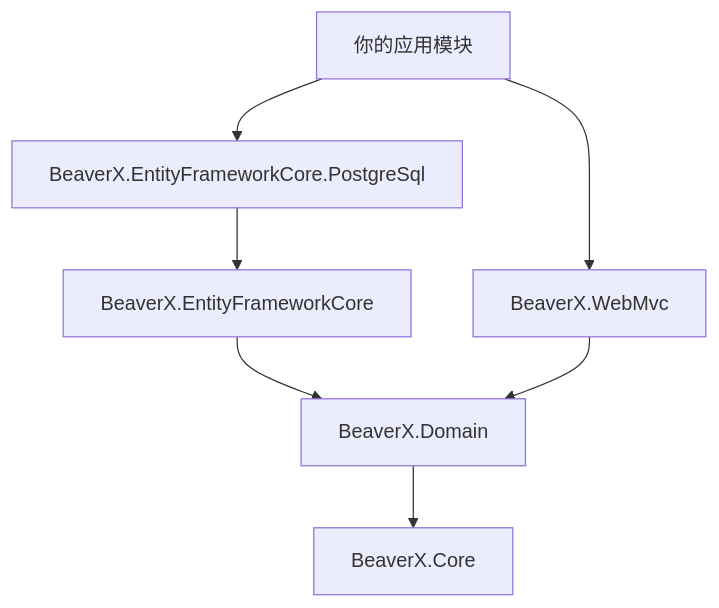
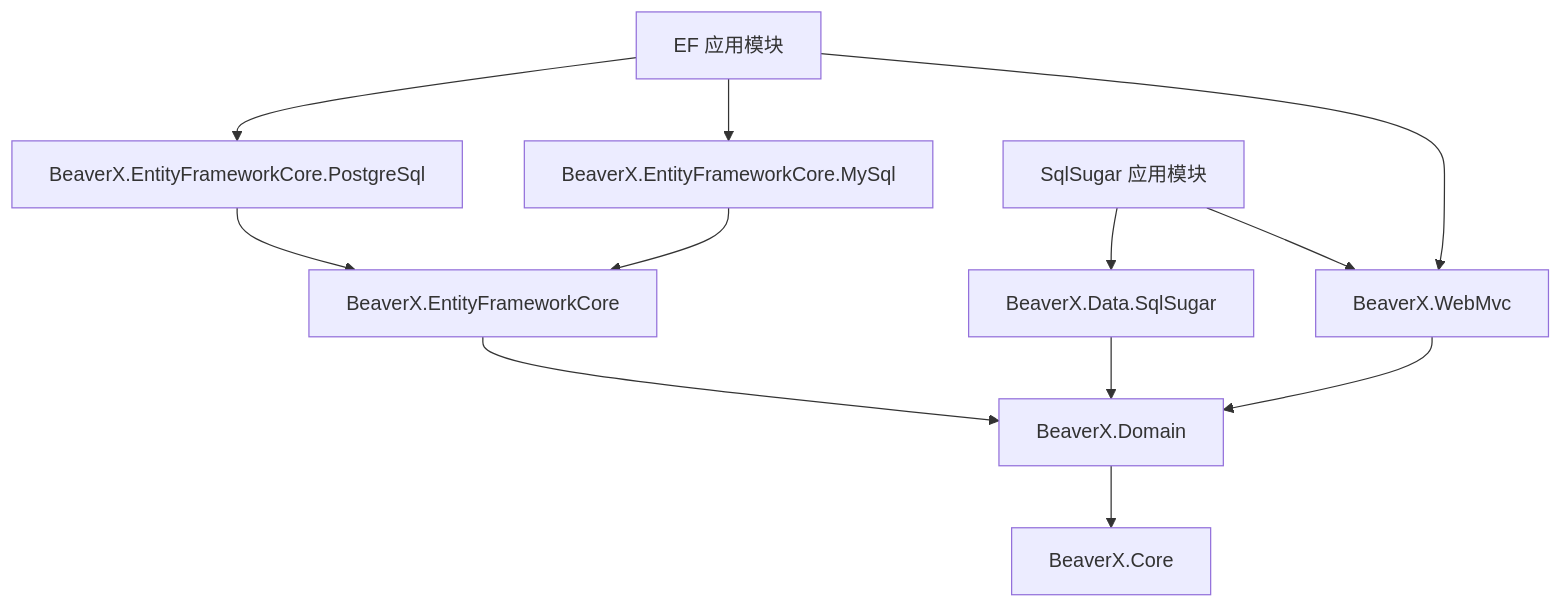
One commit to hdonghua/BeaverX.NET changed the diagram in README.md. Above: the diagram before and after it, drawn with Mermaid. The commit also changed other lines of this file and 9 other files, not shown here.

````diff
--- a/README.md
+++ b/README.md
@@ -24,10 +26,15 @@
 ```mermaid
 flowchart TB
   Core[BeaverX.Core]
   Domain[BeaverX.Domain] --> Core
   Ef[BeaverX.EntityFrameworkCore] --> Domain
   Pg[BeaverX.EntityFrameworkCore.PostgreSql] --> Ef
+  My[BeaverX.EntityFrameworkCore.MySql] --> Ef
+  Sugar[BeaverX.Data.SqlSugar] --> Domain
   Web[BeaverX.WebMvc] --> Domain
-  App[你的应用模块] --> Pg
-  App --> Web
+  AppEf[EF 应用模块] --> Pg
+  AppEf --> My
+  AppEf --> Web
+  AppSugar[SqlSugar 应用模块] --> Sugar
+  AppSugar --> Web
 ```
````
